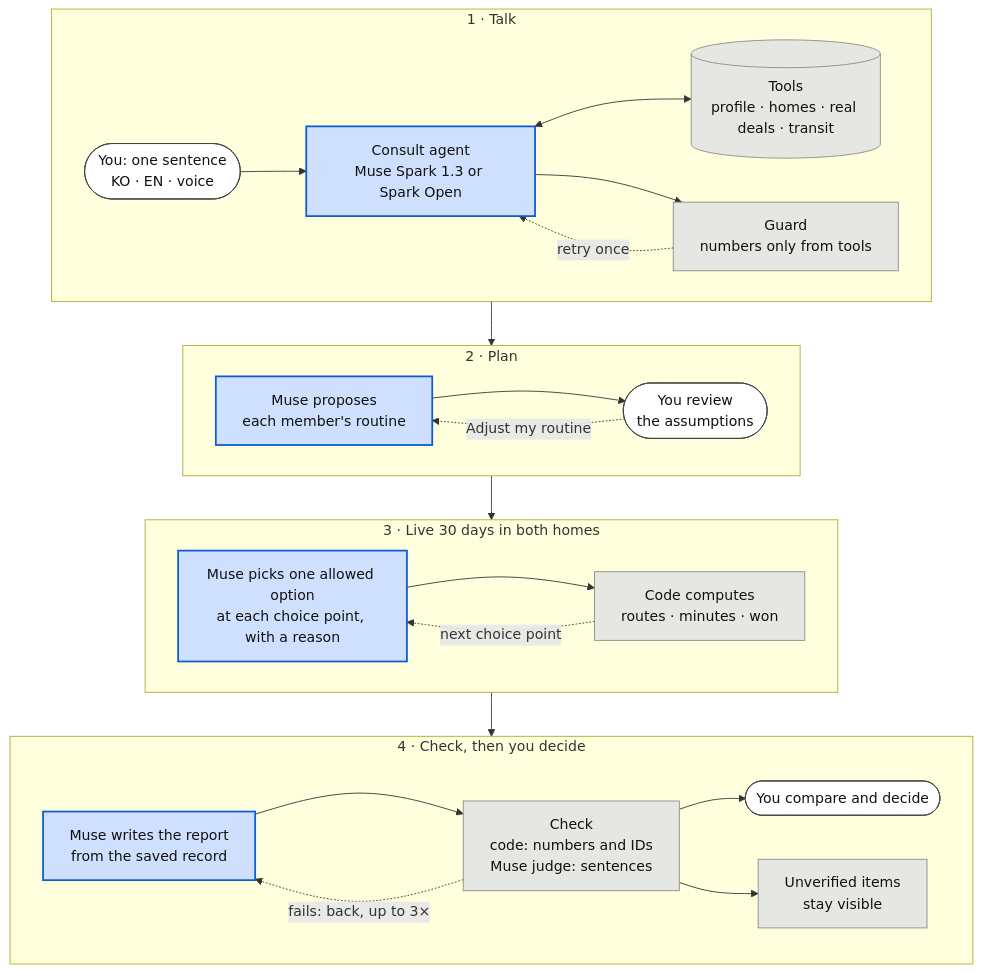
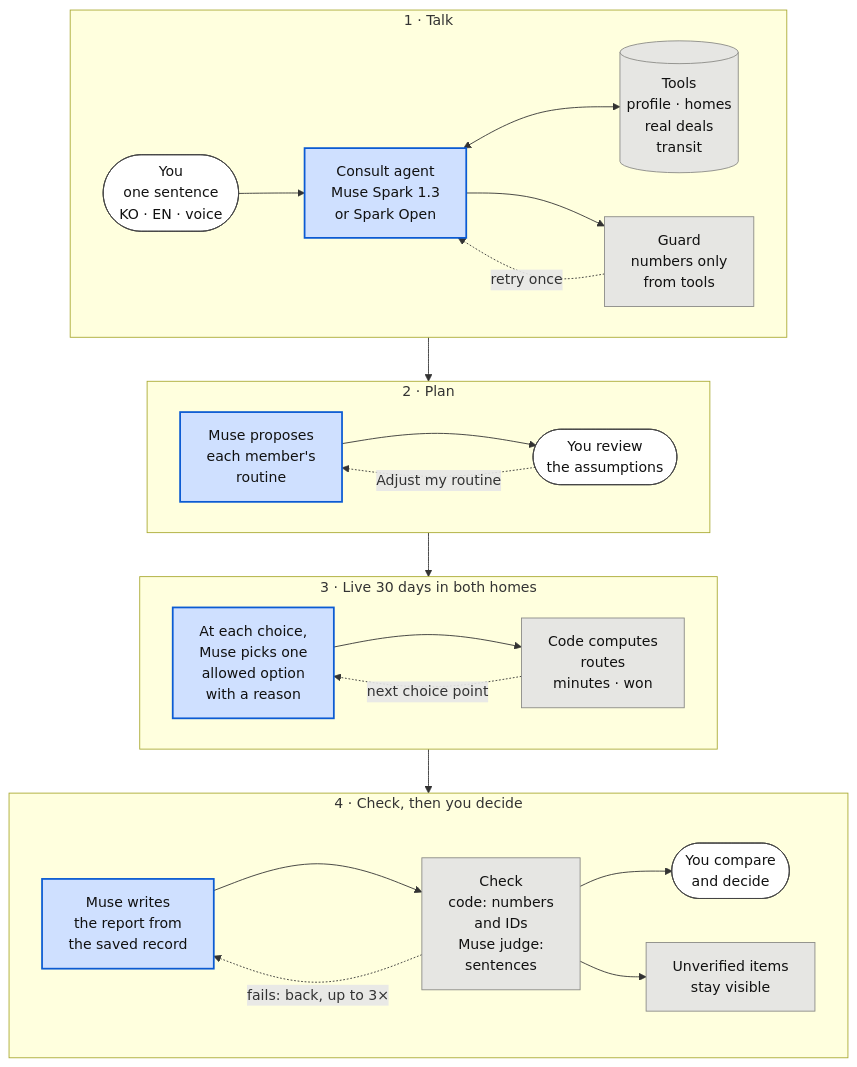
Before and after one commit to halo-sw/ithaca: the diagram in docs/agent-workflow.mmd, drawn with Mermaid. The commit also changed 3 other files, not shown here.

Commit message:
docs: agent chart labels on short lines so no word breaks inside a box

```diff
--- a/docs/agent-workflow.mmd
+++ b/docs/agent-workflow.mmd
@@ -1,32 +1,32 @@
 flowchart TB
   subgraph S1["1 · Talk"]
     direction LR
-    U(["You: one sentence<br/>KO · EN · voice"]) --> A["Consult agent<br/>Muse Spark 1.3 or Spark Open"]
-    A <--> T[("Tools<br/>profile · homes · real deals · transit")]
-    A --> G["Guard<br/>numbers only from tools"]
+    U(["You<br/>one sentence<br/>KO · EN · voice"]) --> A["Consult agent<br/>Muse Spark 1.3<br/>or Spark Open"]
+    A <--> T[("Tools<br/>profile · homes<br/>real deals<br/>transit")]
+    A --> G["Guard<br/>numbers only<br/>from tools"]
     G -. "retry once" .-> A
   end
   subgraph S2["2 · Plan"]
     direction LR
-    H["Muse proposes<br/>each member's routine"] --> F(["You review<br/>the assumptions"])
+    H["Muse proposes<br/>each member's<br/>routine"] --> F(["You review<br/>the assumptions"])
     F -. "Adjust my routine" .-> H
   end
   subgraph S3["3 · Live 30 days in both homes"]
     direction LR
-    D["Muse picks one allowed option<br/>at each choice point, with a reason"] --> E["Code computes<br/>routes · minutes · won"]
+    D["At each choice,<br/>Muse picks one<br/>allowed option<br/>with a reason"] --> E["Code computes<br/>routes<br/>minutes · won"]
     E -. "next choice point" .-> D
   end
   subgraph S4["4 · Check, then you decide"]
     direction LR
-    P["Muse writes the report<br/>from the saved record"] --> C["Check<br/>code: numbers and IDs<br/>Muse judge: sentences"]
+    P["Muse writes<br/>the report from<br/>the saved record"] --> C["Check<br/>code: numbers<br/>and IDs<br/>Muse judge:<br/>sentences"]
     C -. "fails: back, up to 3×" .-> P
-    C --> O(["You compare and decide"])
+    C --> O(["You compare<br/>and decide"])
     C --> N["Unverified items<br/>stay visible"]
   end
   S1 --> S2 --> S3 --> S4
   classDef muse fill:#cfe0ff,stroke:#0b5bd3,stroke-width:2px,color:#111
   classDef code fill:#e6e6e3,stroke:#8a8a86,color:#111
   classDef you fill:#ffffff,stroke:#444,color:#111
   class A,H,D,P muse
   class T,G,E,C,N code
   class U,F,O you
```
